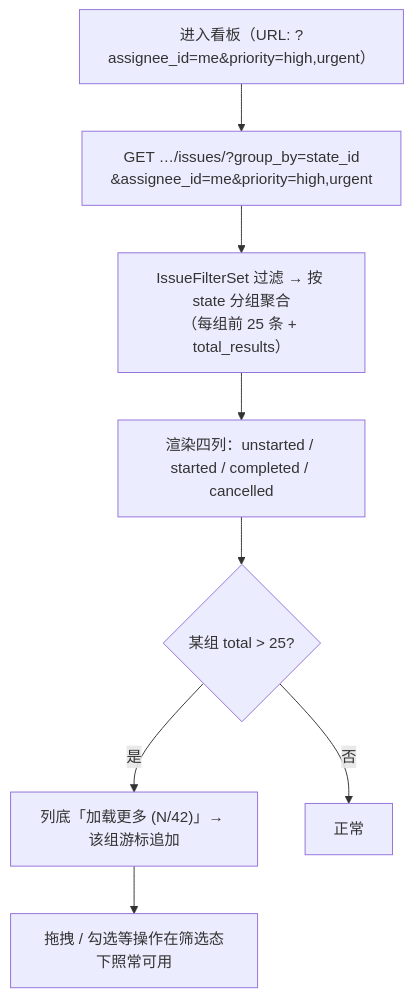
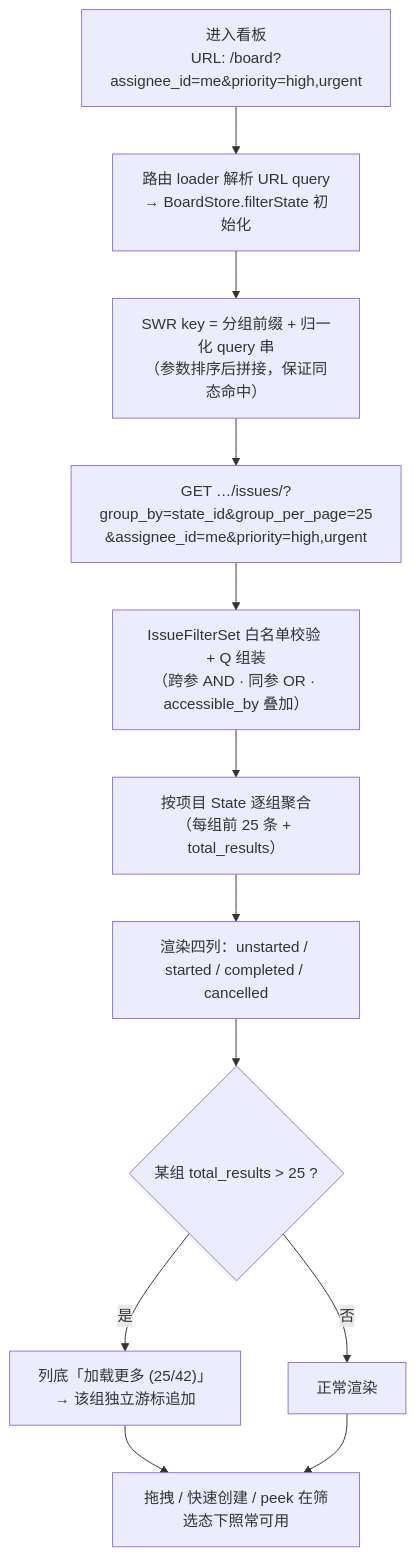
One commit to RabbitAI-Lab/RabbitProjects changed the first of 3 diagrams in docs/sprint-1-mvp/BOARD-002-kanban-filter.md. Above: the diagram before and after it, drawn with Mermaid. The commit also changed other lines of this file and 86 other files, not shown here.

````diff
--- a/docs/sprint-1-mvp/BOARD-002-kanban-filter.md
+++ b/docs/sprint-1-mvp/BOARD-002-kanban-filter.md
@@ -63,10 +104,14 @@
 ```mermaid
 flowchart TD
-    A["进入看板（URL: ?assignee_id=me&priority=high,urgent）"] --> B["GET …/issues/?group_by=state_id<br/>&assignee_id=me&priority=high,urgent"]
-    B --> C["IssueFilterSet 过滤 → 按 state 分组聚合<br/>（每组前 25 条 + total_results）"]
-    C --> D["渲染四列：unstarted / started / completed / cancelled"]
-    D --> E{"某组 total > 25?"}
-    E -- 是 --> F["列底「加载更多 (N/42)」→ 该组游标追加"]
-    E -- 否 --> G["正常"]
-    F --> H["拖拽 / 勾选等操作在筛选态下照常可用"]
+    A["进入看板<br/>URL: /board?assignee_id=me&priority=high,urgent"] --> B["路由 loader 解析 URL query<br/>→ BoardStore.filterState 初始化"]
+    B --> C["SWR key = 分组前缀 + 归一化 query 串<br/>（参数排序后拼接，保证同态命中）"]
+    C --> D["GET …/issues/?group_by=state_id&group_per_page=25<br/>&assignee_id=me&priority=high,urgent"]
+    D --> E["IssueFilterSet 白名单校验 + Q 组装<br/>（跨参 AND · 同参 OR · accessible_by 叠加）"]
+    E --> F["按项目 State 逐组聚合<br/>（每组前 25 条 + total_results）"]
+    F --> G["渲染四列：unstarted / started / completed / cancelled"]
+    G --> H{"某组 total_results > 25 ?"}
+    H -- 是 --> I["列底「加载更多 (25/42)」<br/>→ 该组独立游标追加"]
+    H -- 否 --> J["正常渲染"]
+    I --> K["拖拽 / 快速创建 / peek 在筛选态下照常可用"]
+    J --> K
 ```
````
